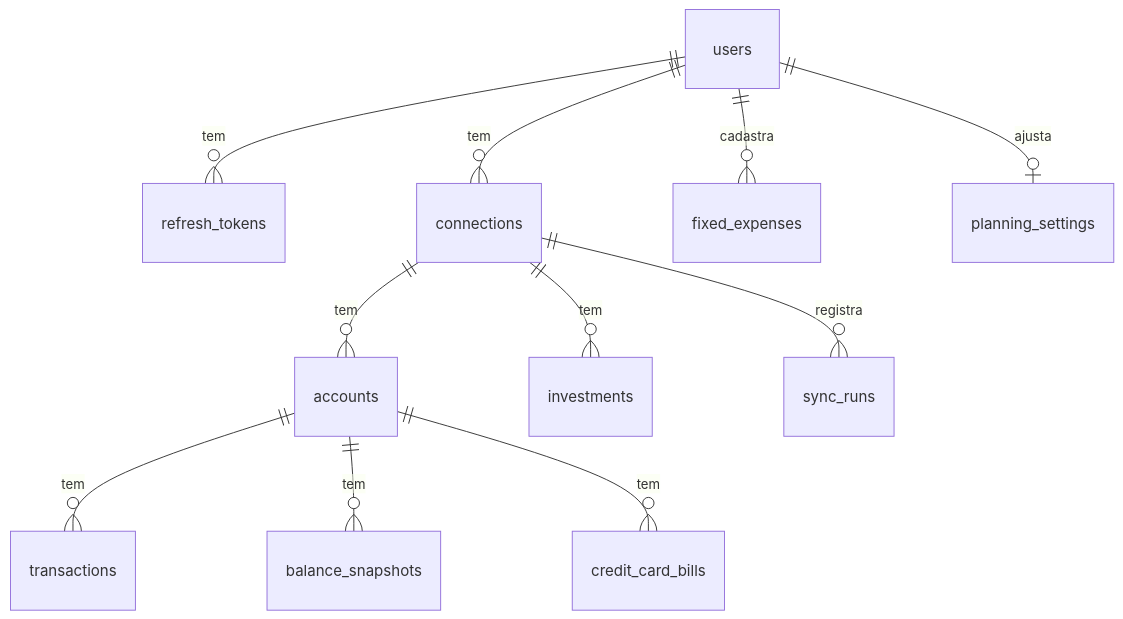
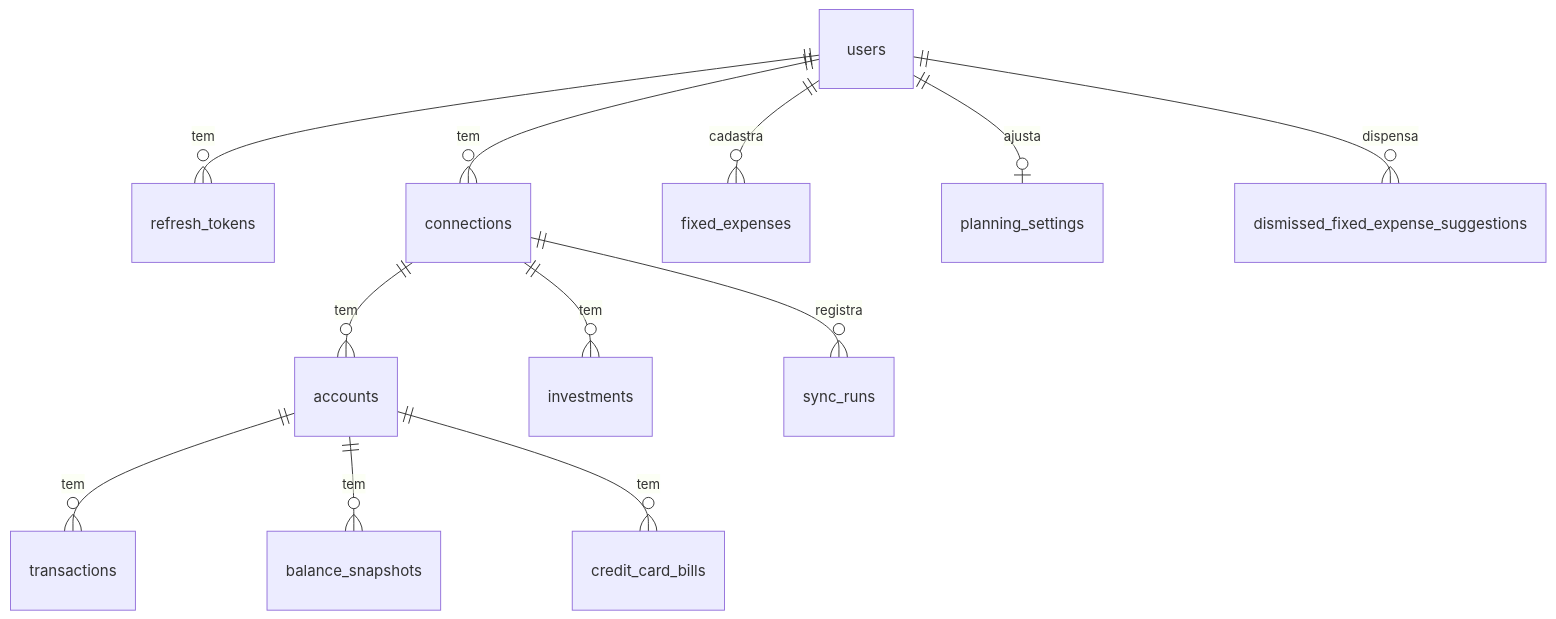
The diagram in Docs/Arquitetura/Modelo de Dados.md (rafaeldossanto/Wallet), drawn with Mermaid before and after one commit. The commit also changed other lines of this file and 46 other files, not shown here.

````diff
--- a/Docs/Arquitetura/Modelo de Dados.md
+++ b/Docs/Arquitetura/Modelo de Dados.md
@@ -11,13 +11,14 @@
 ```mermaid
 erDiagram
     users ||--o{ refresh_tokens : "tem"
     users ||--o{ connections : "tem"
     users ||--o{ fixed_expenses : "cadastra"
     users ||--o| planning_settings : "ajusta"
+    users ||--o{ dismissed_fixed_expense_suggestions : "dispensa"
     connections ||--o{ accounts : "tem"
     connections ||--o{ investments : "tem"
     connections ||--o{ sync_runs : "registra"
     accounts ||--o{ transactions : "tem"
     accounts ||--o{ balance_snapshots : "tem"
     accounts ||--o{ credit_card_bills : "tem"
 ```
````
